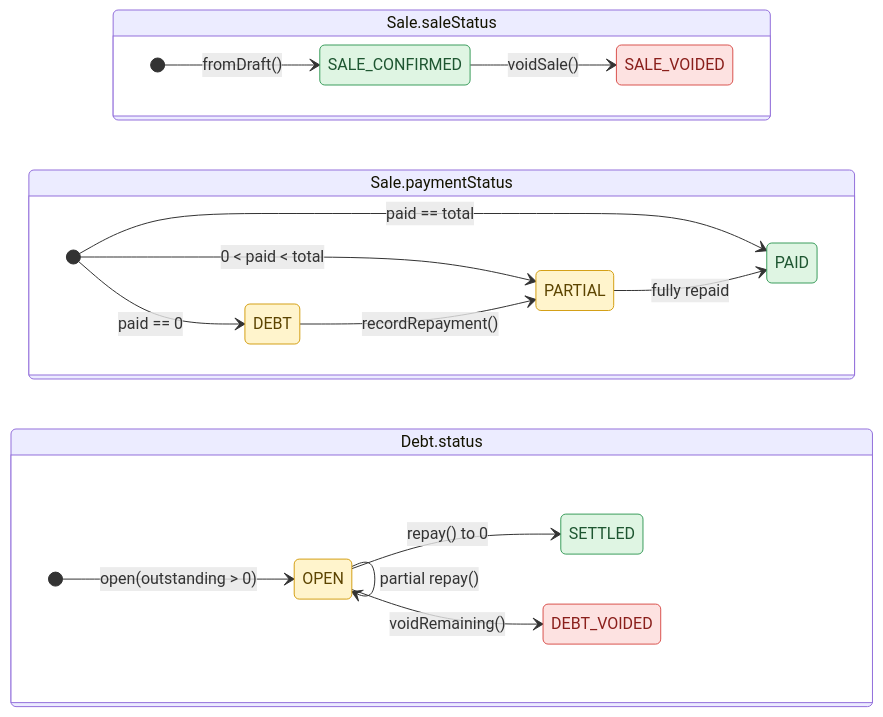
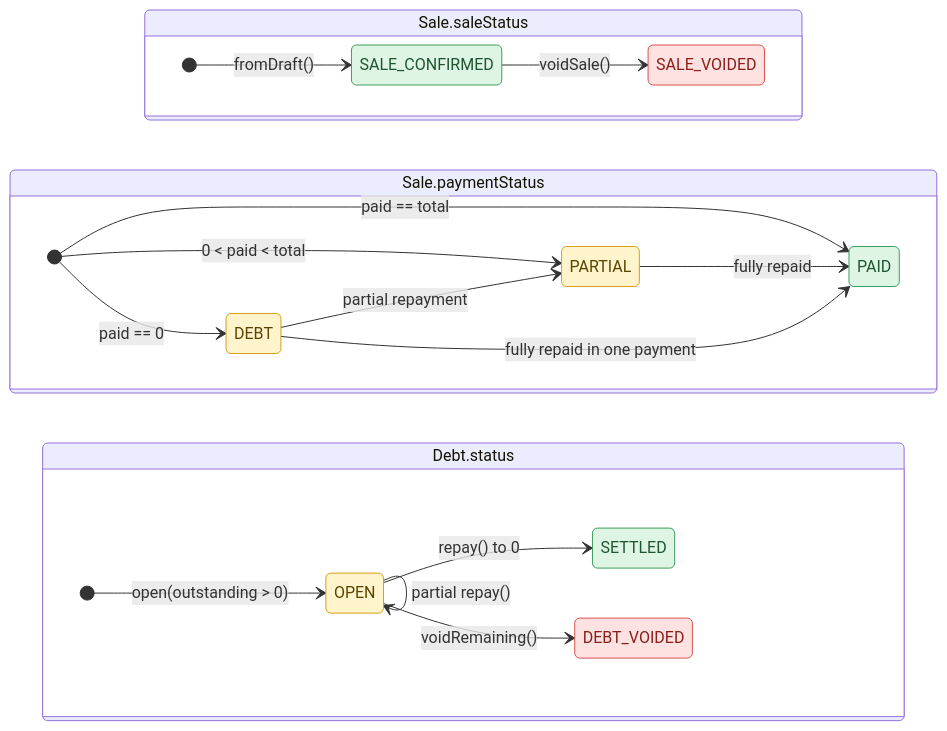
One commit to miphu2804/smart-ledger changed the sixth of 14 diagrams in docs/architecture/service-walkthrough/README.md. Above: the diagram before and after it, drawn with Mermaid. The commit also changed other lines of this file and 9 other files, not shown here.

````diff
--- a/docs/architecture/service-walkthrough/README.md
+++ b/docs/architecture/service-walkthrough/README.md
@@ -217,30 +217,31 @@
 ```mermaid
 stateDiagram-v2
     direction LR
     state "Sale.saleStatus" as S {
         direction LR
         [*] --> SALE_CONFIRMED : fromDraft()
         SALE_CONFIRMED --> SALE_VOIDED : voidSale()
     }
     state "Sale.paymentStatus" as P {
         direction LR
         [*] --> PAID : paid == total
         [*] --> PARTIAL : 0 < paid < total
         [*] --> DEBT : paid == 0
-        DEBT --> PARTIAL : recordRepayment()
+        DEBT --> PARTIAL : partial repayment
+        DEBT --> PAID : fully repaid in one payment
         PARTIAL --> PAID : fully repaid
     }
     state "Debt.status" as D {
         direction LR
         [*] --> OPEN : open(outstanding > 0)
         OPEN --> OPEN : partial repay()
         OPEN --> SETTLED : repay() to 0
         OPEN --> DEBT_VOIDED : voidRemaining()
     }
     classDef open fill:#fff4cc,stroke:#d4a017,color:#5c4400
     classDef done fill:#dff5e3,stroke:#3c9d5d,color:#1e5631
     classDef dead fill:#fde2e1,stroke:#d9534f,color:#8a1f1b
     class DEBT,PARTIAL,OPEN open
     class SALE_CONFIRMED,PAID,SETTLED done
     class SALE_VOIDED,DEBT_VOIDED dead
 ```
````
